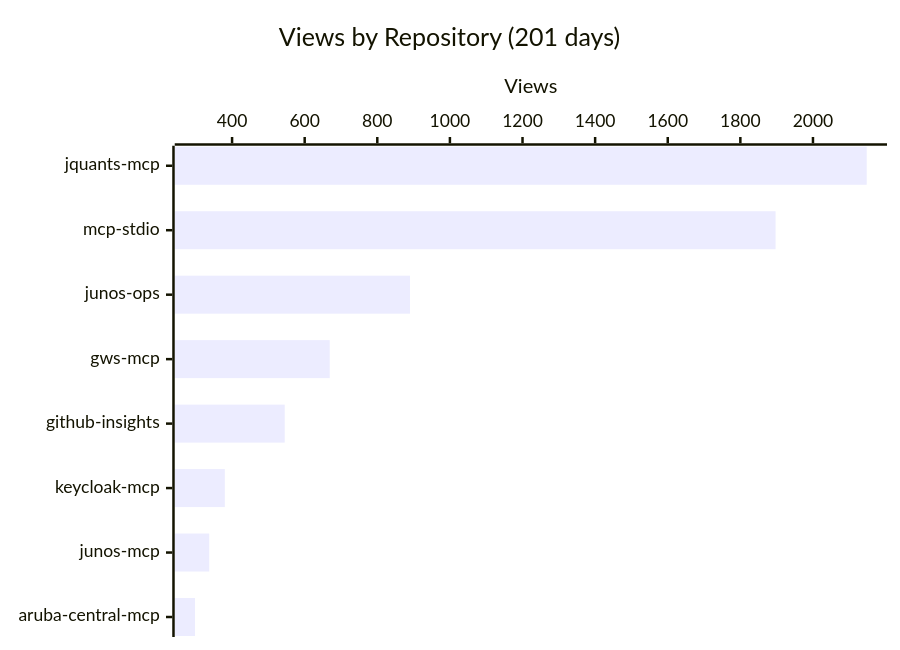
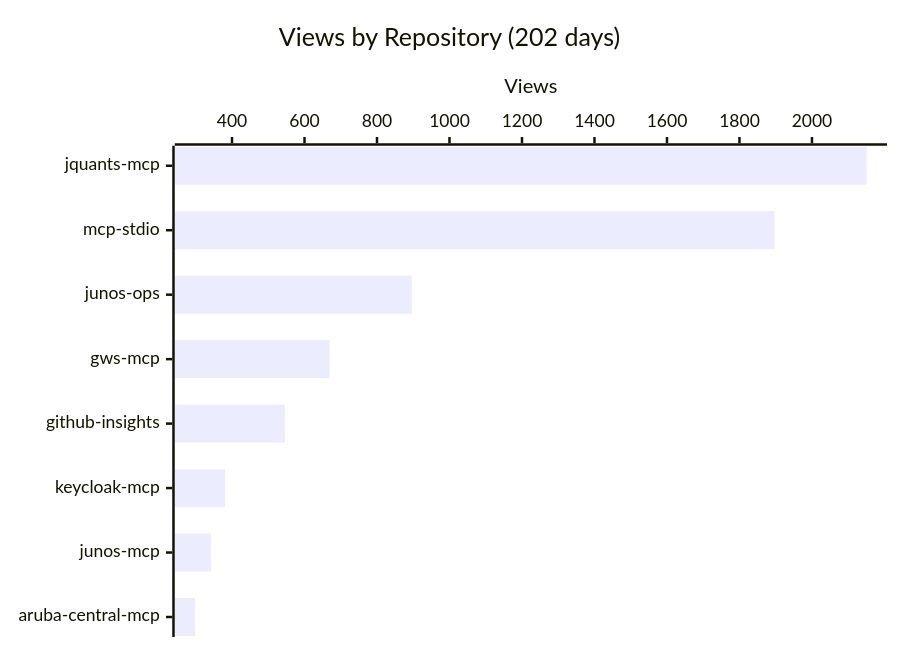
The first of 4 diagrams in README.md (shigechika/github-insights), drawn with Mermaid before and after one commit. The commit also changed other lines of this file and 2 other files, not shown here.

````diff
--- a/README.md
+++ b/README.md
@@ -18,7 +18,7 @@
 ```mermaid
 xychart-beta horizontal
-    title "Views by Repository (201 days)"
+    title "Views by Repository (202 days)"
     x-axis ["jquants-mcp", "mcp-stdio", "junos-ops", "gws-mcp", "github-insights", "keycloak-mcp", "junos-mcp", "aruba-central-mcp"]
     y-axis "Views"
-    bar [2148, 1897, 890, 669, 545, 380, 337, 298]
+    bar [2151, 1897, 896, 669, 546, 381, 342, 298]
 ```
````
